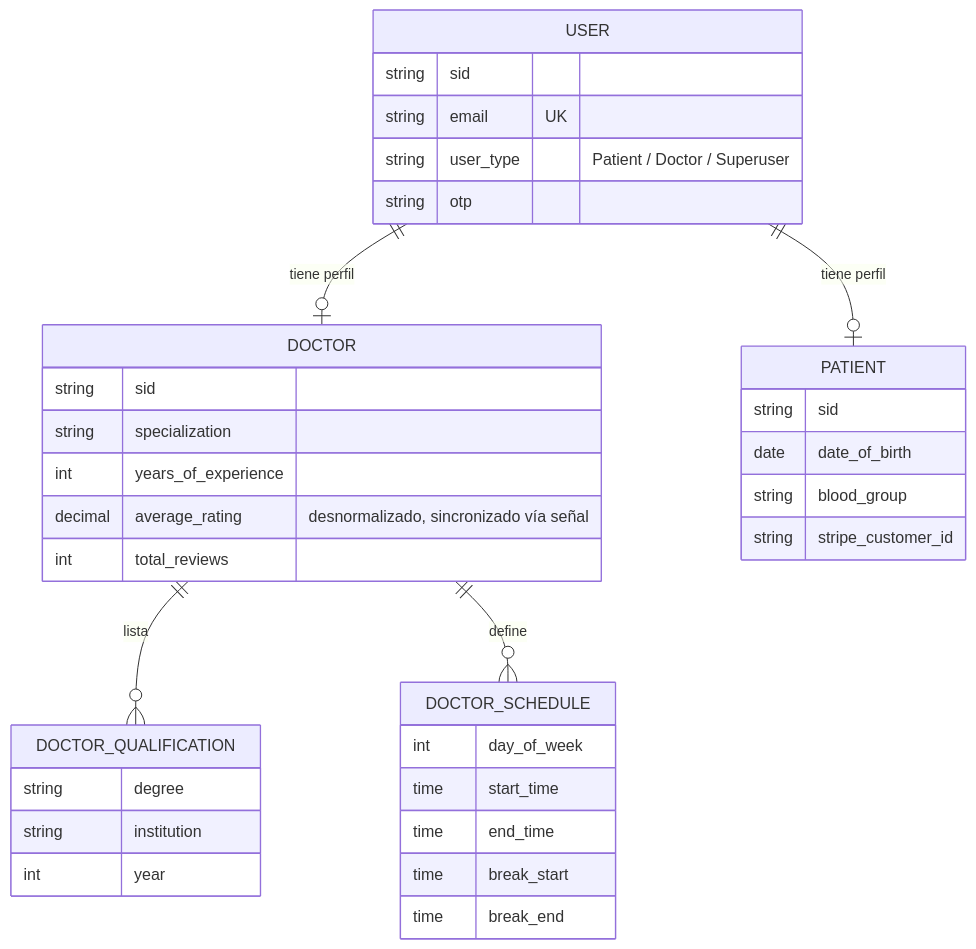
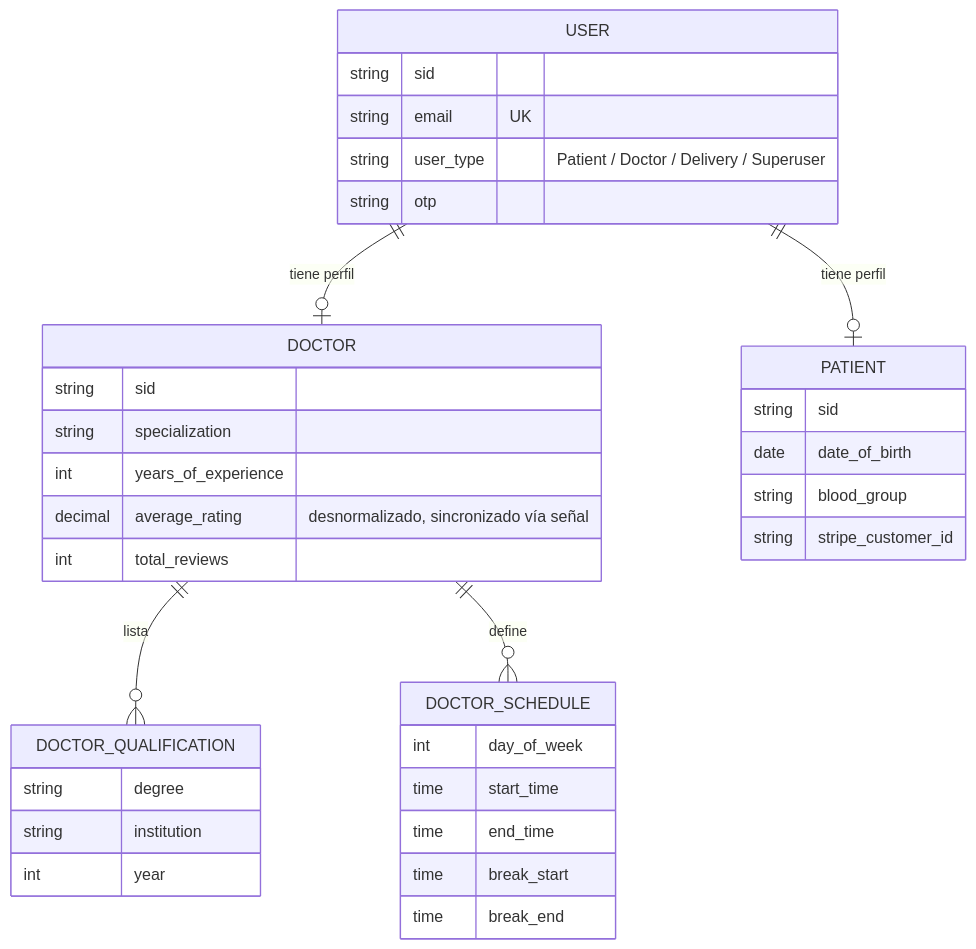
Before and after one commit to cris185/CHOHEALTH: the second of 6 diagrams in README.es.md, drawn with Mermaid. The commit also changed other lines of this file and 1 other file, not shown here.

First line of the commit message:
Document real GPS delivery tracking in the README, replace the simulated-delivery limitation note

````diff
--- a/README.es.md
+++ b/README.es.md
@@ -194,39 +245,39 @@
 ```mermaid
 erDiagram
     USER ||--o| DOCTOR : "tiene perfil"
     USER ||--o| PATIENT : "tiene perfil"
     DOCTOR ||--o{ DOCTOR_QUALIFICATION : lista
     DOCTOR ||--o{ DOCTOR_SCHEDULE : define
 
     USER {
         string sid
         string email UK
-        string user_type "Patient / Doctor / Superuser"
+        string user_type "Patient / Doctor / Delivery / Superuser"
         string otp
     }
     DOCTOR {
         string sid
         string specialization
         int years_of_experience
         decimal average_rating "desnormalizado, sincronizado vía señal"
         int total_reviews
     }
     PATIENT {
         string sid
         date date_of_birth
         string blood_group
         string stripe_customer_id
     }
     DOCTOR_QUALIFICATION {
         string degree
         string institution
         int year
     }
     DOCTOR_SCHEDULE {
         int day_of_week
         time start_time
         time end_time
         time break_start
         time break_end
     }
 ```
````
